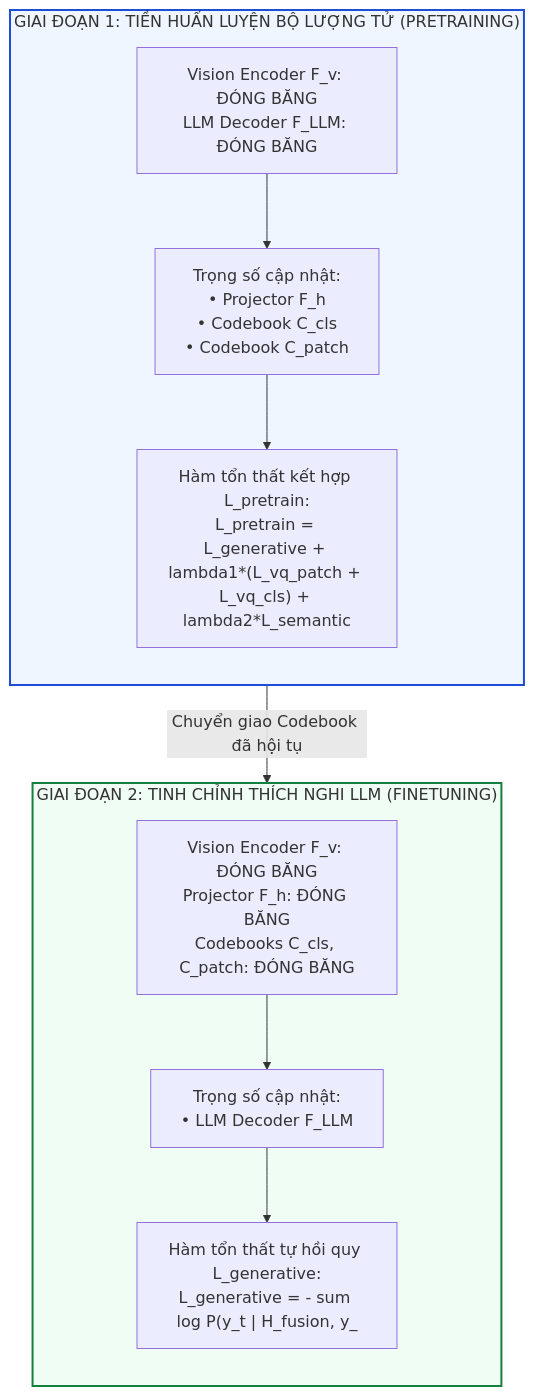
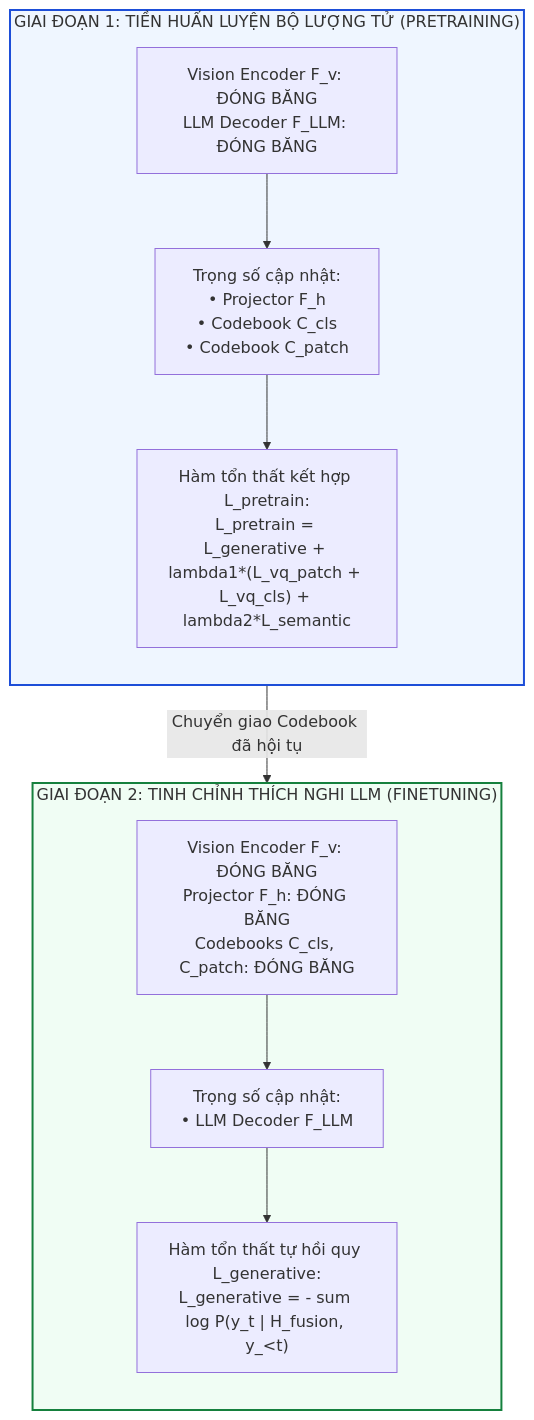
The fourth of 9 diagrams in docs/07_qmllm_va_discrete_representation_defenses.md (tuandung222/model-based-vpi-defenses), drawn with Mermaid before and after one commit. The commit also changed other lines of this file and 36 other files, not shown here.

First line of the commit message:
fix(docs): correct venue/arXiv ids (ARGUS CVPR 2026, WARD ICML 2026, VLGuard), add LICENSE, split single-line display math, fix tables/mermaid, extend linter

````diff
--- a/docs/07_qmllm_va_discrete_representation_defenses.md
+++ b/docs/07_qmllm_va_discrete_representation_defenses.md
@@ -207,23 +243,23 @@
 ```mermaid
 flowchart TD
     subgraph STAGE1["GIAI ĐOẠN 1: TIỀN HUẤN LUYỆN BỘ LƯỢNG TỬ (PRETRAINING)"]
         direction TB
         S1_Frozen["Vision Encoder F_v: ĐÓNG BĂNG<br/>LLM Decoder F_LLM: ĐÓNG BĂNG"]
         S1_Trainable["Trọng số cập nhật:<br/>• Projector F_h<br/>• Codebook C_cls<br/>• Codebook C_patch"]
         S1_Loss["Hàm tổn thất kết hợp L_pretrain:<br/>L_pretrain = L_generative + lambda1*(L_vq_patch + L_vq_cls) + lambda2*L_semantic"]
         S1_Frozen --> S1_Trainable --> S1_Loss
     end
 
     subgraph STAGE2["GIAI ĐOẠN 2: TINH CHỈNH THÍCH NGHI LLM (FINETUNING)"]
         direction TB
         S2_Frozen["Vision Encoder F_v: ĐÓNG BĂNG<br/>Projector F_h: ĐÓNG BĂNG<br/>Codebooks C_cls, C_patch: ĐÓNG BĂNG"]
         S2_Trainable["Trọng số cập nhật:<br/>• LLM Decoder F_LLM"]
-        S2_Loss["Hàm tổn thất tự hồi quy L_generative:<br/>L_generative = - sum log P(y_t | H_fusion, y_<t)"]
+        S2_Loss["Hàm tổn thất tự hồi quy L_generative:<br/>L_generative = - sum log P(y_t | H_fusion, y_#lt;t)"]
         S2_Frozen --> S2_Trainable --> S2_Loss
     end
 
     STAGE1 --> |"Chuyển giao Codebook đã hội tụ"| STAGE2
 
     style STAGE1 fill:#eff6ff,stroke:#1d4ed8,stroke-width:2px
     style STAGE2 fill:#f0fdf4,stroke:#15803d,stroke-width:2px
 ```
````
